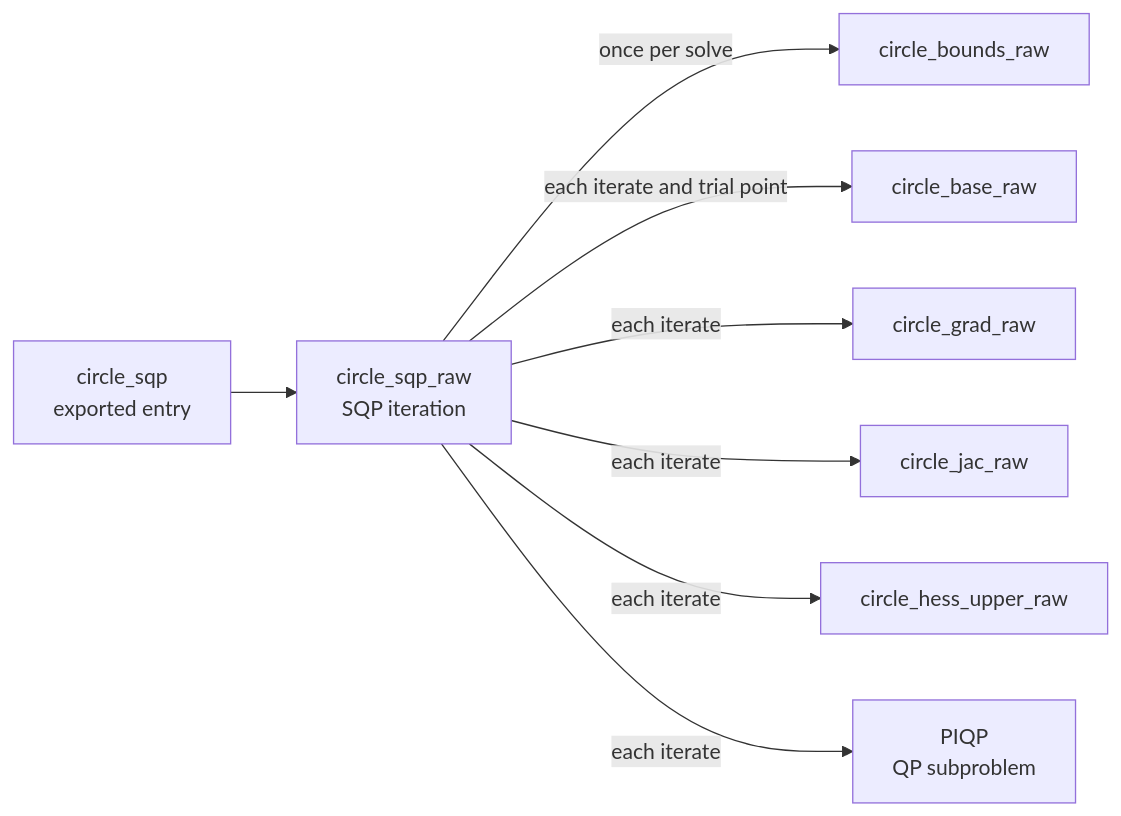
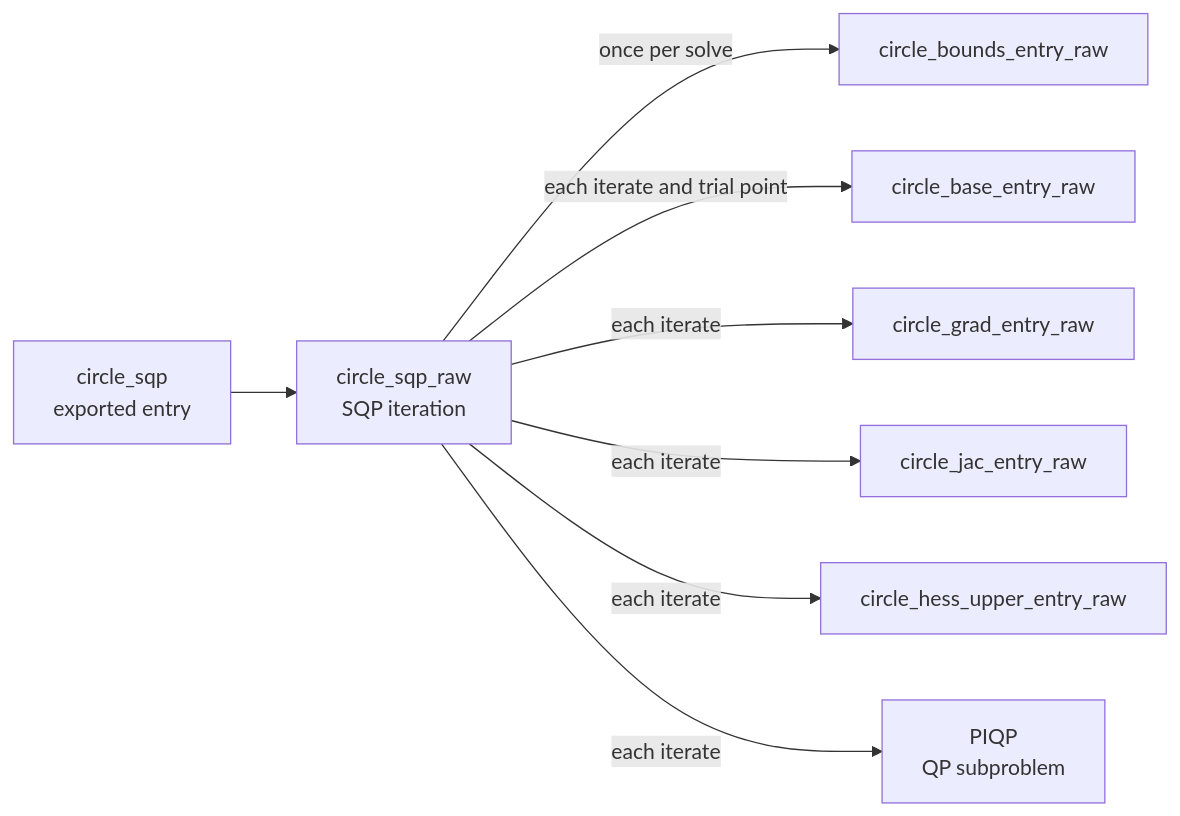
Before and after one commit to PREDICT-EPFL/scaly: the diagram in docs/how_it_works/solvers.md, drawn with Mermaid. The commit also changed other lines of this file and 77 other files, not shown here.

````diff
--- a/docs/how_it_works/solvers.md
+++ b/docs/how_it_works/solvers.md
@@ -116,10 +73,10 @@
 ```mermaid
 flowchart LR
     entry["circle_sqp<br/>exported entry"] --> wrapper["circle_sqp_raw<br/>SQP iteration"]
-    wrapper -->|once per solve| bounds["circle_bounds_raw"]
-    wrapper -->|each iterate and trial point| base["circle_base_raw"]
-    wrapper -->|each iterate| grad["circle_grad_raw"]
-    wrapper -->|each iterate| jac["circle_jac_raw"]
-    wrapper -->|each iterate| hess["circle_hess_upper_raw"]
+    wrapper -->|once per solve| bounds["circle_bounds_entry_raw"]
+    wrapper -->|each iterate and trial point| base["circle_base_entry_raw"]
+    wrapper -->|each iterate| grad["circle_grad_entry_raw"]
+    wrapper -->|each iterate| jac["circle_jac_entry_raw"]
+    wrapper -->|each iterate| hess["circle_hess_upper_entry_raw"]
     wrapper -->|each iterate| piqp["PIQP<br/>QP subproblem"]
 ```
````
